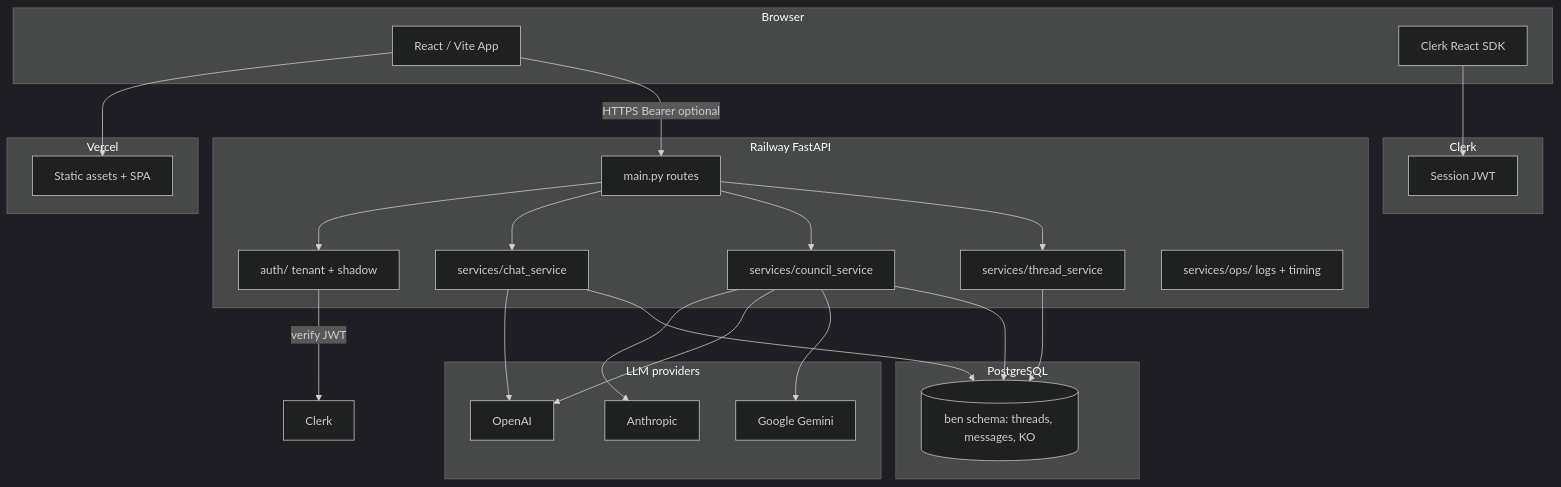
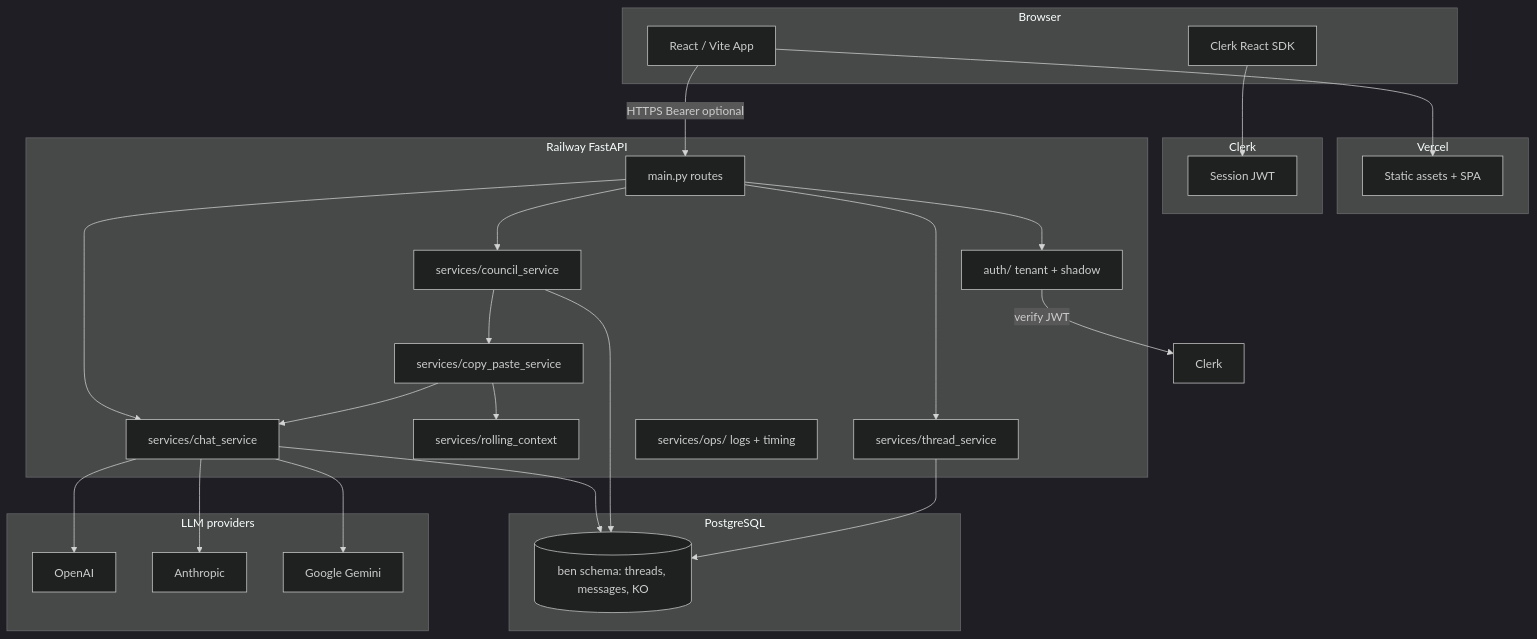
The first of 4 diagrams in docs/BEN_SYSTEM_MAP.md (mezuzaapp1-code/ben-v2), drawn with Mermaid (dark theme) before and after one commit. The commit also changed other lines of this file and 229 other files, not shown here.

````diff
--- a/docs/BEN_SYSTEM_MAP.md
+++ b/docs/BEN_SYSTEM_MAP.md
@@ -20,50 +20,54 @@
 ```mermaid
 flowchart TB
   subgraph client [Browser]
     UI[React / Vite App]
     ClerkUI[Clerk React SDK]
   end
 
   subgraph vercel [Vercel]
     Static[Static assets + SPA]
   end
 
   subgraph clerk [Clerk]
     JWT[Session JWT]
   end
 
   subgraph railway [Railway FastAPI]
     API[main.py routes]
     Auth[auth/ tenant + shadow]
     Chat[services/chat_service]
     Council[services/council_service]
+    CopyPaste[services/copy_paste_service]
+    Rolling[services/rolling_context]
     Threads[services/thread_service]
     Ops[services/ops/ logs + timing]
   end
 
   subgraph db [PostgreSQL]
     PG[(ben schema: threads, messages, KO)]
   end
 
   subgraph providers [LLM providers]
     OAI[OpenAI]
     ANT[Anthropic]
     GEM[Google Gemini]
   end
 
   UI --> Static
   ClerkUI --> JWT
   UI -->|HTTPS Bearer optional| API
   API --> Auth
   Auth -->|verify JWT| Clerk
   API --> Chat
   API --> Council
   API --> Threads
   Chat --> OAI
-  Council --> ANT
-  Council --> OAI
-  Council --> GEM
+  Chat --> ANT
+  Chat --> GEM
+  Council --> CopyPaste
+  CopyPaste --> Rolling
+  CopyPaste --> Chat
   Chat --> PG
   Council --> PG
   Threads --> PG
 ```
````
